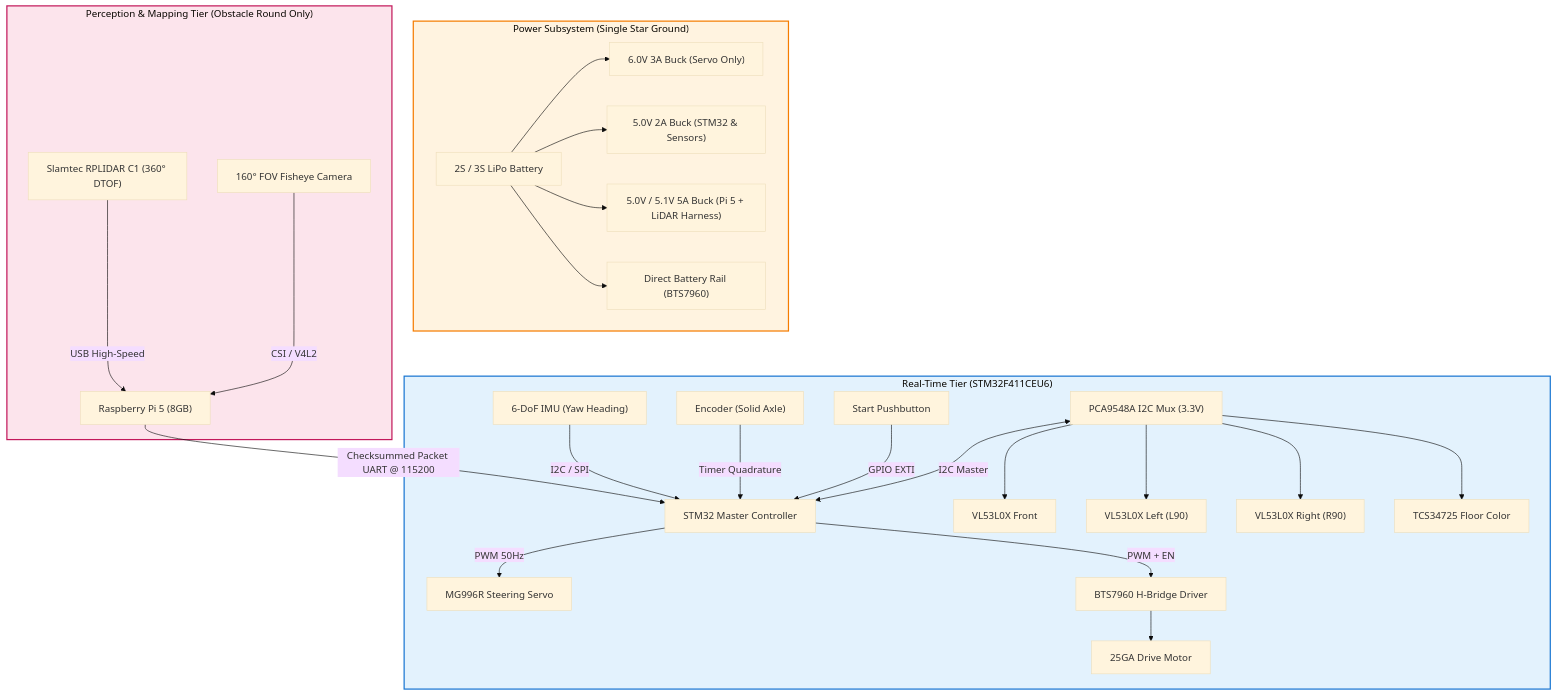
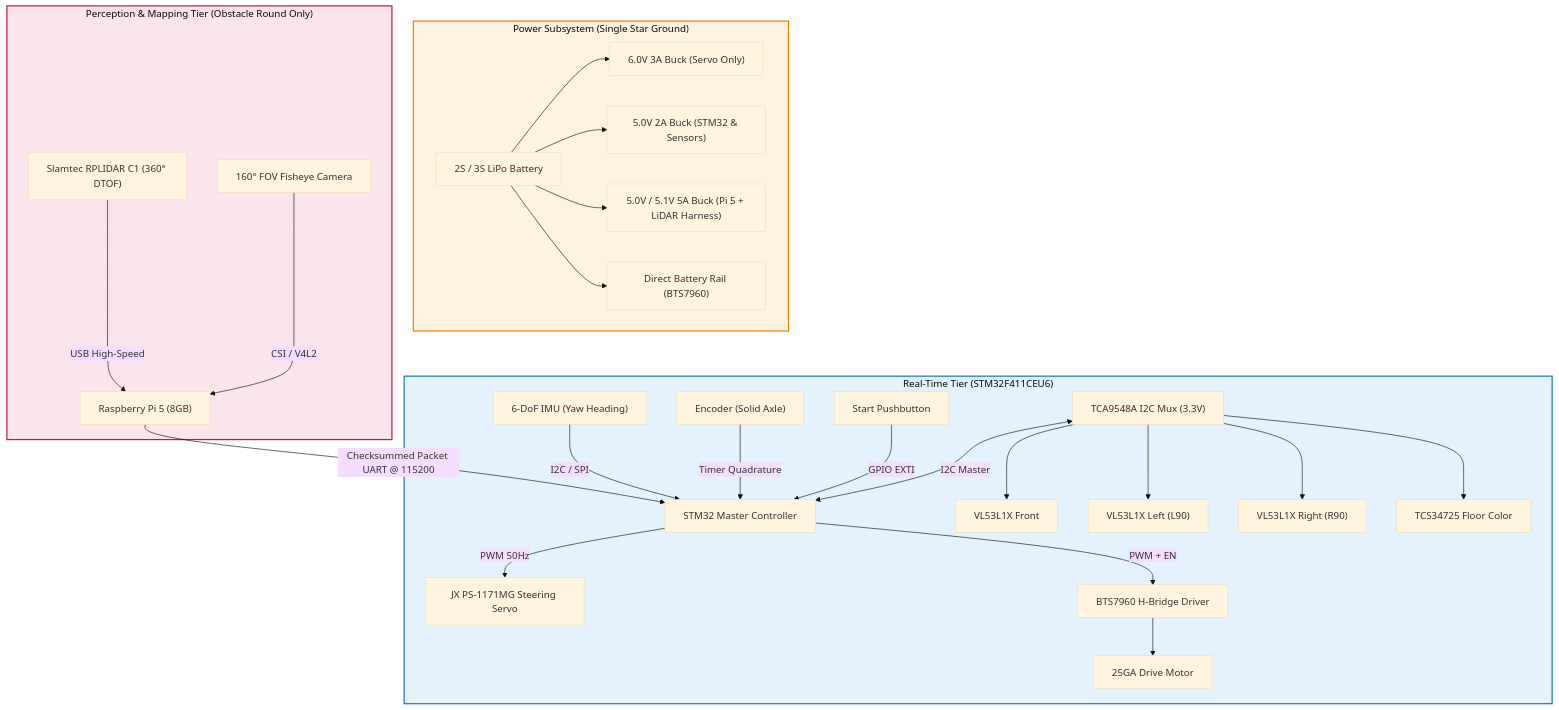
One commit to ShammanRahin/WRO_TeamBluePrint changed the diagram in README.md. Above: the diagram before and after it, drawn with Mermaid (base theme). The commit also changed other lines of this file and 34 other files, not shown here.

````diff
--- a/README.md
+++ b/README.md
@@ -223,35 +223,35 @@
 ```mermaid
 graph TD
     subgraph Power ["Power Subsystem (Single Star Ground)"]
         BAT["2S / 3S LiPo Battery"] --> REG6["6.0V 3A Buck (Servo Only)"]
         BAT --> REG5["5.0V 2A Buck (STM32 & Sensors)"]
         BAT --> REG55["5.0V / 5.1V 5A Buck (Pi 5 + LiDAR Harness)"]
         BAT --> DRV_PWR["Direct Battery Rail (BTS7960)"]
     end
 
     subgraph LowLevel ["Real-Time Tier (STM32F411CEU6)"]
         STM["STM32 Master Controller"]
         IMU["6-DoF IMU (Yaw Heading)"] -->|I2C / SPI| STM
         ENC["Encoder (Solid Axle)"] -->|Timer Quadrature| STM
         BTN["Start Pushbutton"] -->|GPIO EXTI| STM
-        MUX["PCA9548A I2C Mux (3.3V)"] <-->|I2C Master| STM
-        MUX --> TOF1["VL53L0X Front"]
-        MUX --> TOF2["VL53L0X Left (L90)"]
-        MUX --> TOF3["VL53L0X Right (R90)"]
+        MUX["TCA9548A I2C Mux (3.3V)"] <-->|I2C Master| STM
+        MUX --> TOF1["VL53L1X Front"]
+        MUX --> TOF2["VL53L1X Left (L90)"]
+        MUX --> TOF3["VL53L1X Right (R90)"]
         MUX --> COL["TCS34725 Floor Color"]
-        
-        STM -->|PWM 50Hz| SERVO["MG996R Steering Servo"]
+
+        STM -->|PWM 50Hz| SERVO["JX PS-1171MG Steering Servo"]
         STM -->|PWM + EN| BTS["BTS7960 H-Bridge Driver"] --> MOTOR["25GA Drive Motor"]
     end
 
     subgraph HighLevel ["Perception & Mapping Tier (Obstacle Round Only)"]
         PI["Raspberry Pi 5 (8GB)"]
         LIDAR["Slamtec RPLIDAR C1 (360° DTOF)"] -->|USB High-Speed| PI
         CAM["160° FOV Fisheye Camera"] -->|CSI / V4L2| PI
         PI -->|Checksummed Packet UART @ 115200| STM
     end
 
     style Power fill:#fff3e0,stroke:#f57c00,stroke-width:2px
     style LowLevel fill:#e3f2fd,stroke:#1976d2,stroke-width:2px
     style HighLevel fill:#fce4ec,stroke:#c2185b,stroke-width:2px
 ```
````
